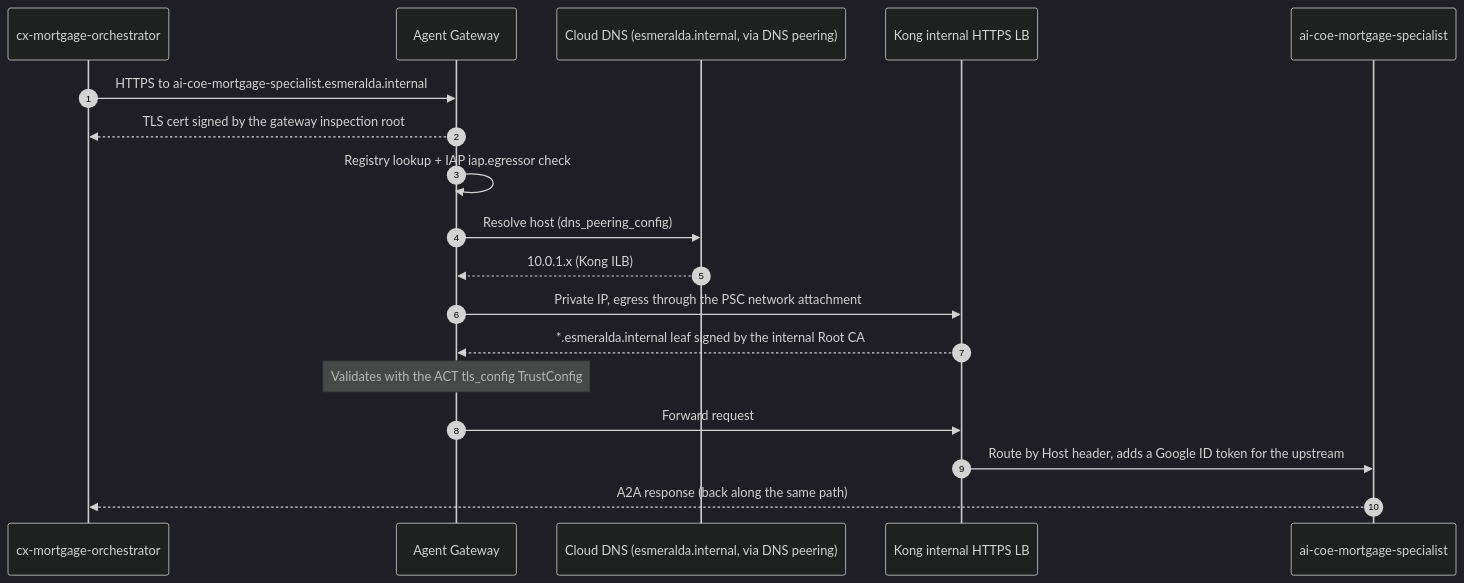
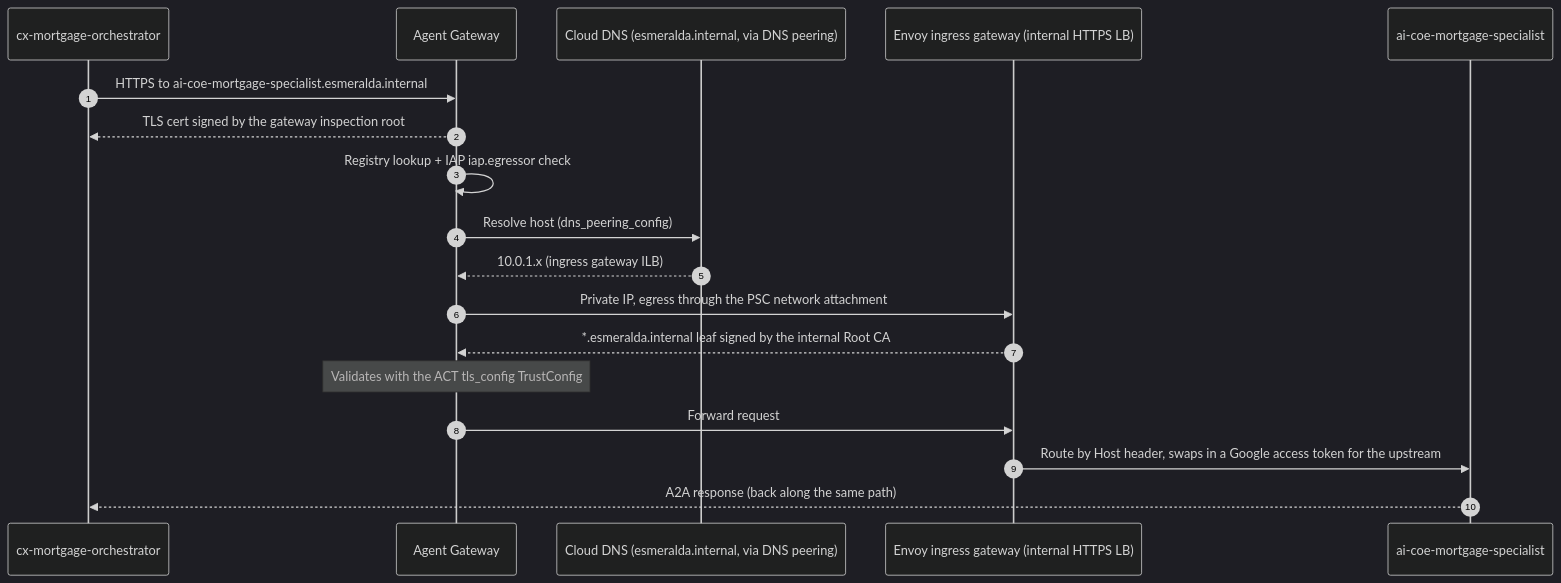
One commit to google/esmeralda changed the third of 4 diagrams in docs/src/3-agentops-and-lifecycle/01-central-agent-gateway.md. Above: the diagram before and after it, drawn with Mermaid (dark theme). The commit also changed other lines of this file and 15 other files, not shown here.

First line of the commit message:
docs: describe the Envoy ingress gateway (#73)

````diff
--- a/docs/src/3-agentops-and-lifecycle/01-central-agent-gateway.md
+++ b/docs/src/3-agentops-and-lifecycle/01-central-agent-gateway.md
@@ -306,21 +306,21 @@
 ```mermaid
 sequenceDiagram
     autonumber
     participant O as cx-mortgage-orchestrator
     participant G as Agent Gateway
     participant D as Cloud DNS (esmeralda.internal, via DNS peering)
-    participant K as Kong internal HTTPS LB
+    participant E as Envoy ingress gateway (internal HTTPS LB)
     participant S as ai-coe-mortgage-specialist
 
     O->>G: HTTPS to ai-coe-mortgage-specialist.esmeralda.internal
     G-->>O: TLS cert signed by the gateway inspection root
     G->>G: Registry lookup + IAP iap.egressor check
     G->>D: Resolve host (dns_peering_config)
-    D-->>G: 10.0.1.x (Kong ILB)
-    G->>K: Private IP, egress through the PSC network attachment
-    K-->>G: *.esmeralda.internal leaf signed by the internal Root CA
+    D-->>G: 10.0.1.x (ingress gateway ILB)
+    G->>E: Private IP, egress through the PSC network attachment
+    E-->>G: *.esmeralda.internal leaf signed by the internal Root CA
     Note over G: Validates with the ACT tls_config TrustConfig
-    G->>K: Forward request
-    K->>S: Route by Host header, adds a Google ID token for the upstream
+    G->>E: Forward request
+    E->>S: Route by Host header, swaps in a Google access token for the upstream
     S-->>O: A2A response (back along the same path)
 ```
````
